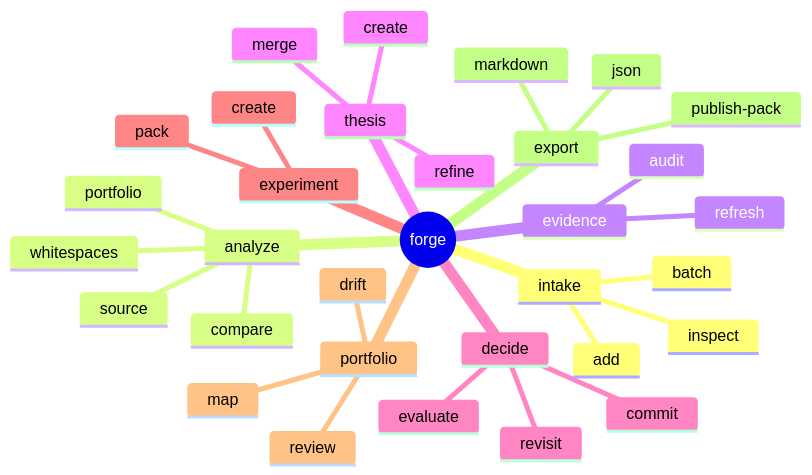
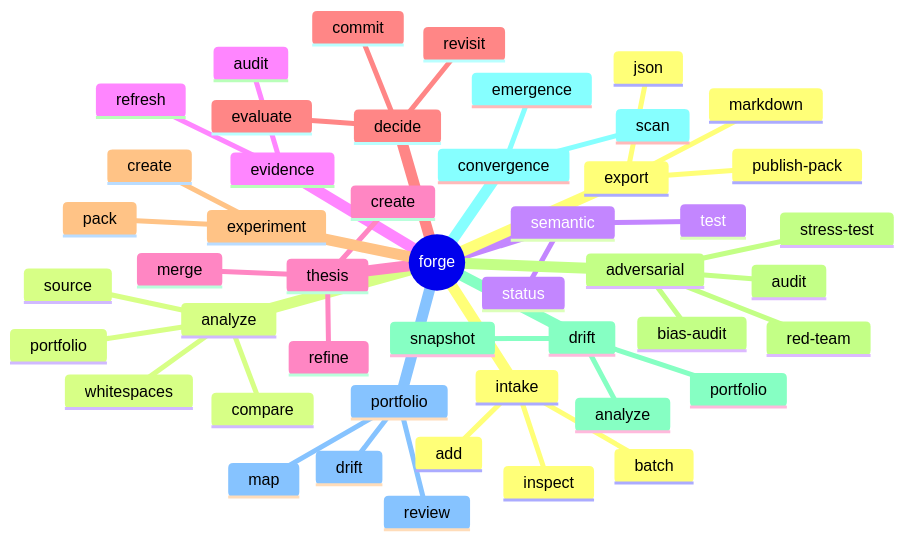
One commit to 0shadow-Architect0/signalforge changed the first of 2 diagrams in docs/command-contracts.md. Above: the diagram before and after it, drawn with Mermaid. The commit also changed other lines of this file and 3 other files, not shown here.

````diff
--- a/docs/command-contracts.md
+++ b/docs/command-contracts.md
@@ -8,35 +8,50 @@
 ```mermaid
 mindmap
   root((forge))
     intake
       add
       batch
       inspect
     analyze
       source
       compare
       whitespaces
       portfolio
+    semantic
+      status
+      test
     evidence
       audit
       refresh
     thesis
       create
       merge
       refine
     decide
       evaluate
       commit
       revisit
     experiment
       create
       pack
+    adversarial
+      audit
+      stress-test
+      red-team
+      bias-audit
+    drift
+      snapshot
+      analyze
+      portfolio
+    convergence
+      scan
+      emergence
     portfolio
       map
       review
       drift
     export
       markdown
       json
       publish-pack
 ```
````
